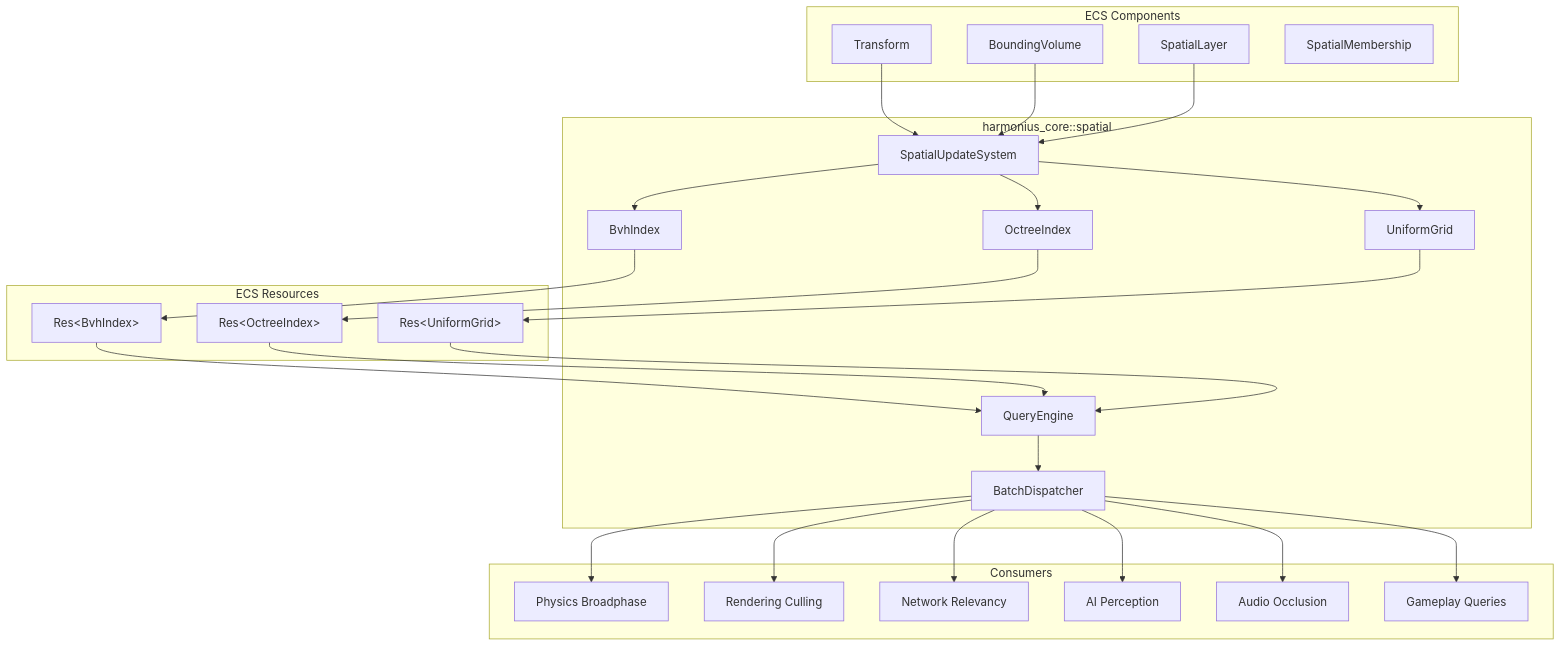
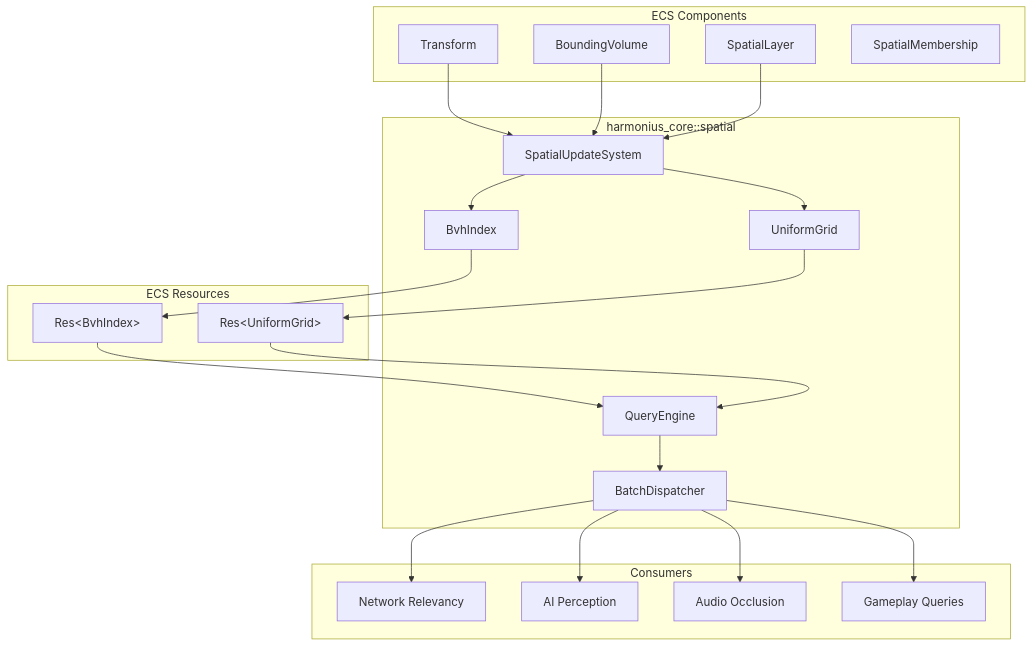
The first of 7 diagrams in docs/design/core-runtime/spatial-index.md (harmonius-dev/harmonius), drawn with Mermaid before and after one commit. The commit also changed other lines of this file and 174 other files, not shown here.

````diff
--- a/docs/design/core-runtime/spatial-index.md
+++ b/docs/design/core-runtime/spatial-index.md
@@ -87,54 +90,45 @@
 ```mermaid
 graph TD
     subgraph "harmonius_core::spatial"
         BVH[BvhIndex]
-        OCT[OctreeIndex]
         GRID[UniformGrid]
         QE[QueryEngine]
         BATCH[BatchDispatcher]
         UPD[SpatialUpdateSystem]
     end
 
     subgraph "ECS Components"
         TR[Transform]
         BV[BoundingVolume]
         SL[SpatialLayer]
         SM[SpatialMembership]
     end
 
     subgraph "ECS Resources"
         BVHR[Res&lt;BvhIndex&gt;]
-        OCTR[Res&lt;OctreeIndex&gt;]
         GRIDR[Res&lt;UniformGrid&gt;]
     end
 
     subgraph "Consumers"
-        PHY[Physics Broadphase]
-        REN[Rendering Culling]
         NET[Network Relevancy]
         AI[AI Perception]
         AUD[Audio Occlusion]
         GP[Gameplay Queries]
     end
 
     TR --> UPD
     BV --> UPD
     SL --> UPD
     UPD --> BVH
-    UPD --> OCT
     UPD --> GRID
     BVH --> BVHR
-    OCT --> OCTR
     GRID --> GRIDR
     BVHR --> QE
-    OCTR --> QE
     GRIDR --> QE
     QE --> BATCH
 
-    BATCH --> PHY
-    BATCH --> REN
     BATCH --> NET
     BATCH --> AI
     BATCH --> AUD
     BATCH --> GP
 ```
````
